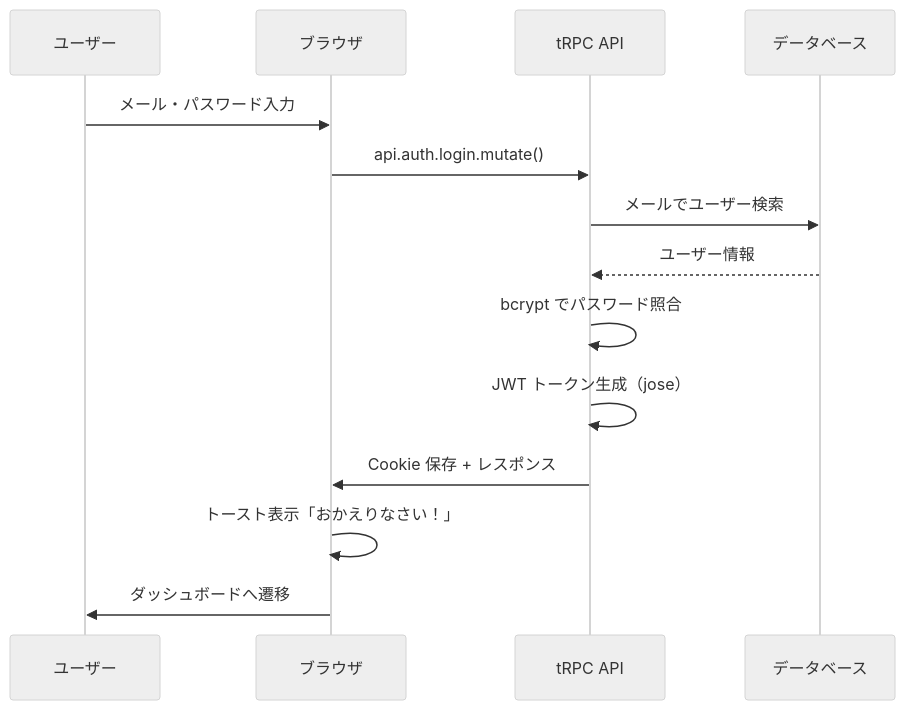
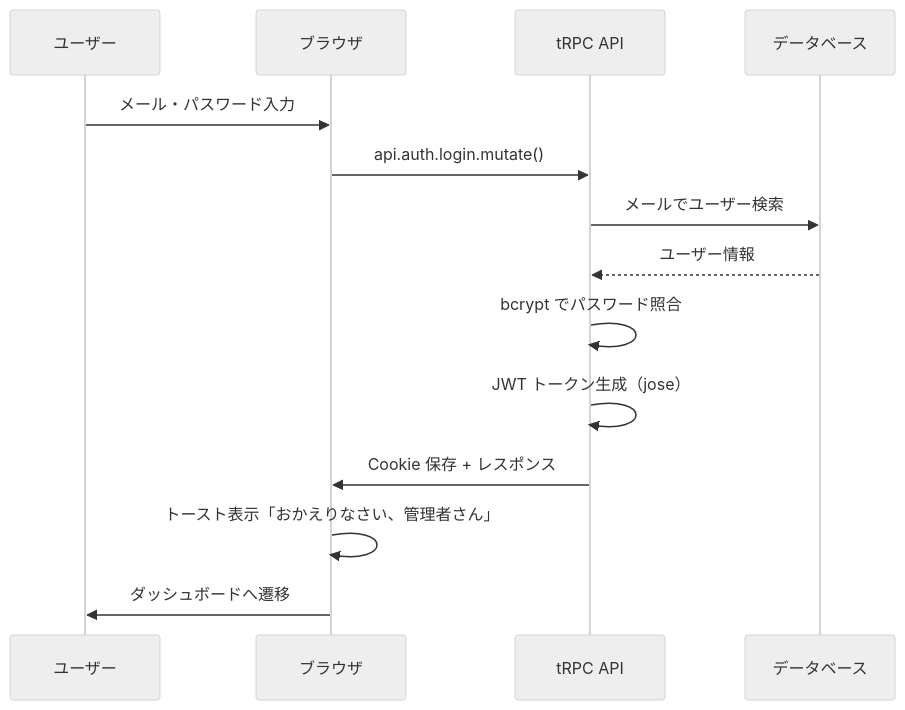
Before and after one commit to kouiso/task-app: the first of 4 diagrams in material/30days-curriculum/day07_ログイン体験を改善しよう.md, drawn with Mermaid (neutral theme). The commit also changed other lines of this file and 250 other files, not shown here.

````diff
--- a/material/30days-curriculum/day07_ログイン体験を改善しよう.md
+++ b/material/30days-curriculum/day07_ログイン体験を改善しよう.md
@@ -41,17 +42,17 @@
 ```mermaid
 sequenceDiagram
     participant U as ユーザー
     participant B as ブラウザ
     participant T as tRPC API
     participant D as データベース
 
     U->>B: メール・パスワード入力
     B->>T: api.auth.login.mutate()
     T->>D: メールでユーザー検索
     D-->>T: ユーザー情報
     T->>T: bcrypt でパスワード照合
     T->>T: JWT トークン生成（jose）
     T->>B: Cookie 保存 + レスポンス
-    B->>B: トースト表示「おかえりなさい！」
+    B->>B: トースト表示「おかえりなさい、管理者さん」
     B->>U: ダッシュボードへ遷移
 ```
````
